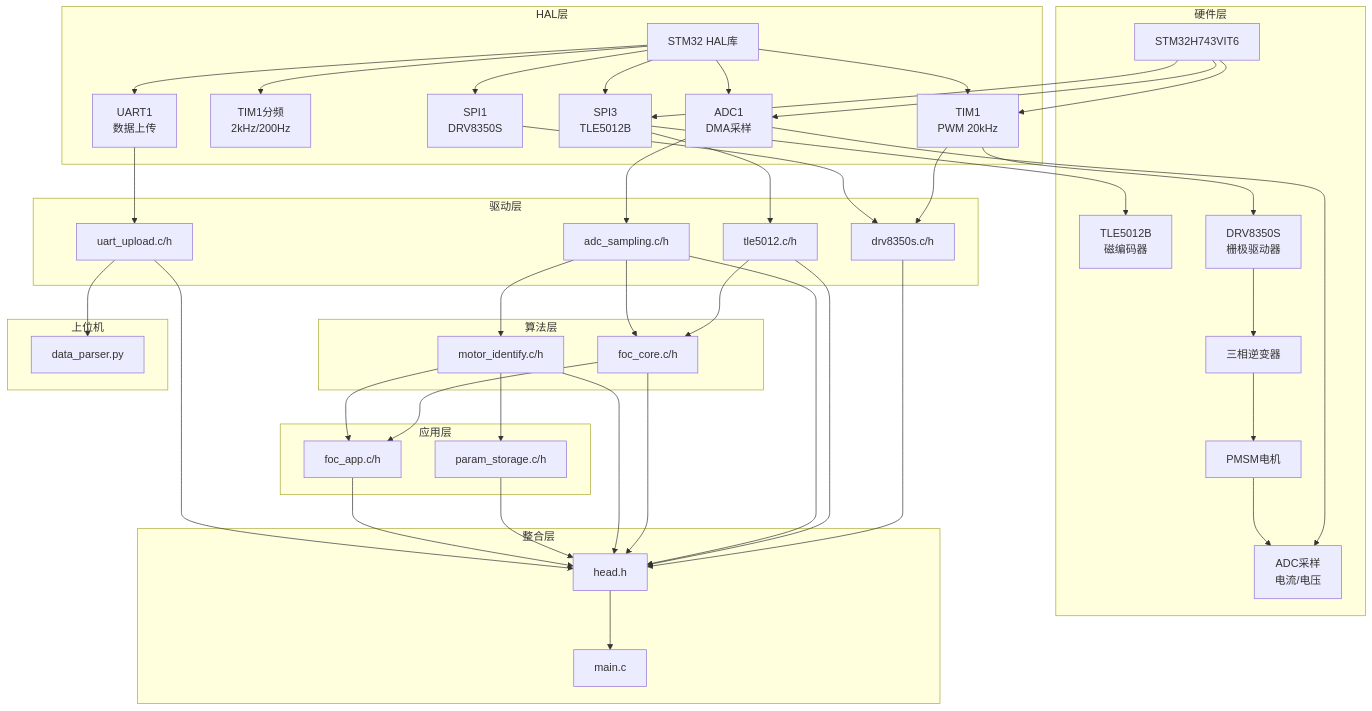
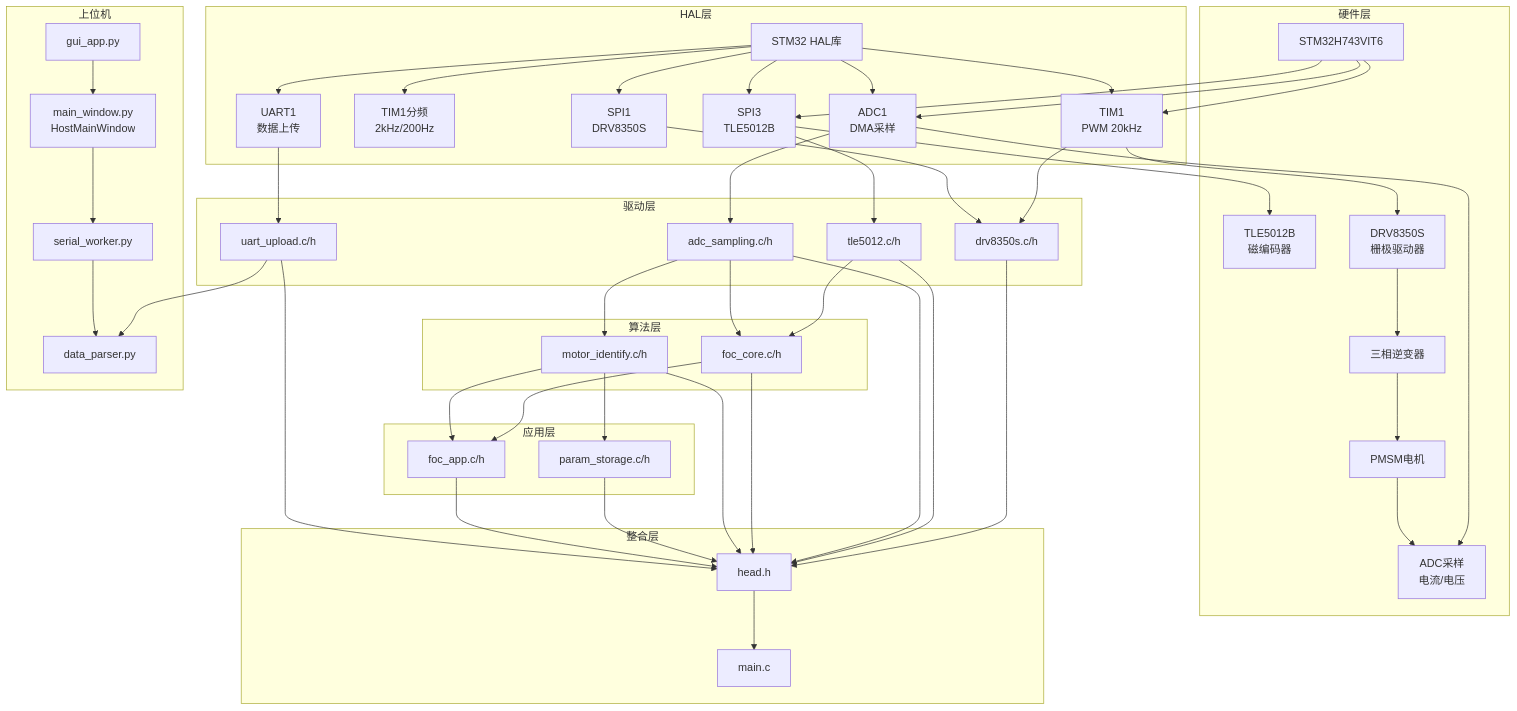
One commit to xianyuyijinban/24V-FOC-controller changed the first of 7 diagrams in Project_Architecture.md. Above: the diagram before and after it, drawn with Mermaid. The commit also changed other lines of this file and 13 other files, not shown here.

Commit message:
feat: add host debug gui shell

````diff
--- a/Project_Architecture.md
+++ b/Project_Architecture.md
@@ -70,6 +70,9 @@
     end
 
     subgraph 上位机
+        GUIAPP[gui_app.py]
+        HOSTWIN[main_window.py<br/>HostMainWindow]
+        SERIALW[serial_worker.py]
         PARSER[data_parser.py]
     end
 
@@ -117,4 +120,7 @@
     
     %% 到上位机
     UART --> PARSER
+    GUIAPP --> HOSTWIN
+    HOSTWIN --> SERIALW
+    SERIALW --> PARSER
 ```
````
